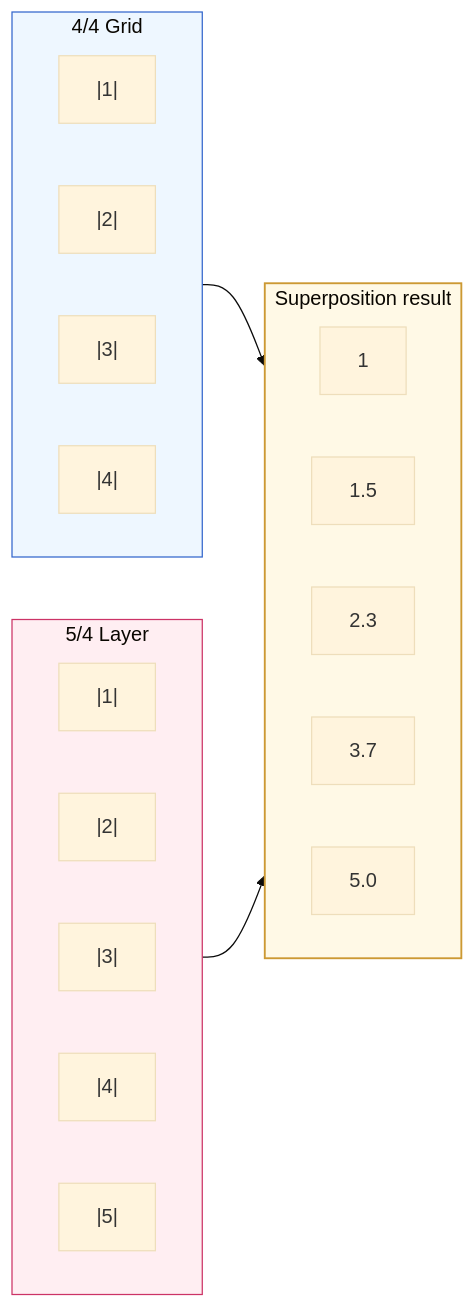
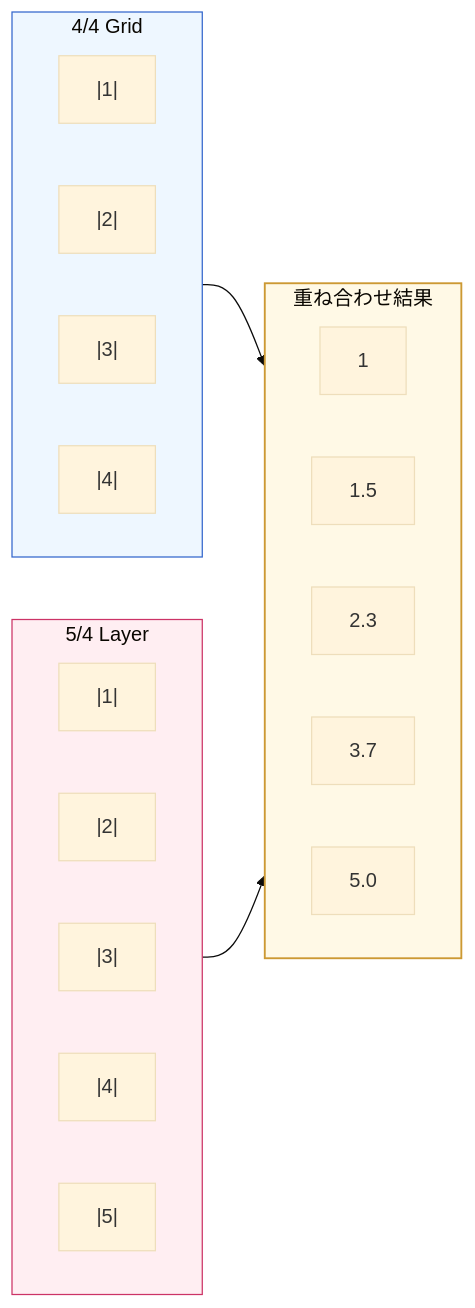
One commit to monumental-movement/monumental-movement.github.io changed the sixth of 7 diagrams in en/_posts/2025-10-24-column-aphex_twin_evolution.md. Above: the diagram before and after it, drawn with Mermaid (base theme). The commit also changed other lines of this file and 1724 other files, not shown here.

```diff
--- a/en/_posts/2025-10-24-column-aphex_twin_evolution.md
+++ b/en/_posts/2025-10-24-column-aphex_twin_evolution.md
@@ -385,37 +383,37 @@
 <div class="mermaid">
 
 graph LR
-subgraph EVEN["4/4 Grid"]
-direction LR
-E1["|1|"]
-E2["|2|"]
-E3["|3|"]
-E4["|4|"]
-end
+    subgraph EVEN["4/4 Grid"]
+        direction LR
+        E1["|1|"]
+        E2["|2|"]
+        E3["|3|"]
+        E4["|4|"]
+    end
 
-subgraph ODD["5/4 Layer"]
-direction LR
-O1["|1|"]
-O2["|2|"]
-O3["|3|"]
-O4["|4|"]
-O5["|5|"]
-end
+    subgraph ODD["5/4 Layer"]
+        direction LR
+        O1["|1|"]
+        O2["|2|"]
+        O3["|3|"]
+        O4["|4|"]
+        O5["|5|"]
+    end
 
-subgraph RESULT["Superposition result"]
-direction LR
-R1["1"]
-R2["1.5"]
-R3["2.3"]
-R4["3.7"]
-R5["5.0"]
-end
+    subgraph RESULT["重ね合わせ結果"]
+        direction LR
+        R1["1"]
+        R2["1.5"]
+        R3["2.3"]
+        R4["3.7"]
+        R5["5.0"]
+    end
 
-EVEN --> RESULT
-ODD --> RESULT
+    EVEN --> RESULT
+    ODD --> RESULT
 
-style EVEN fill:#eef7ff,stroke:#3366cc,stroke-width:1px
-style ODD fill:#ffeef2,stroke:#cc3366,stroke-width:1px
-style RESULT fill:#fff9e6,stroke:#cc9933,stroke-width:1.5px
+    style EVEN fill:#eef7ff,stroke:#3366cc,stroke-width:1px
+    style ODD fill:#ffeef2,stroke:#cc3366,stroke-width:1px
+    style RESULT fill:#fff9e6,stroke:#cc9933,stroke-width:1.5px
 
 </div>
```
